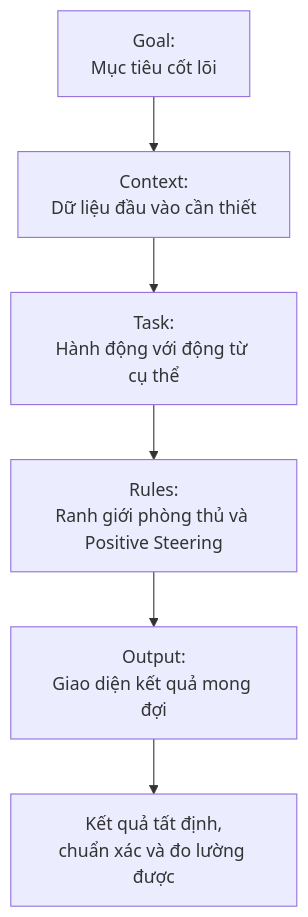
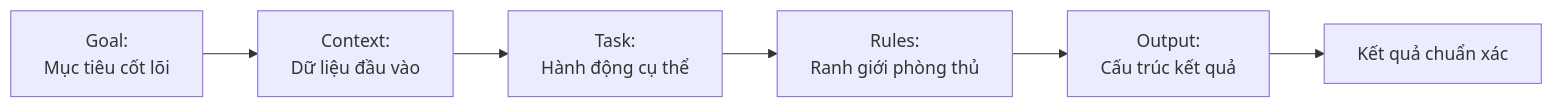
The first of 2 diagrams in content/posts/chuan-muc-viet-prompt-tu-yeu-cau-mo-ho-den-ban-dac-ta.md (nguyengoctin/my_website), drawn with Mermaid before and after one commit. The commit also changed 32 other files, not shown here.

````diff
--- a/content/posts/chuan-muc-viet-prompt-tu-yeu-cau-mo-ho-den-ban-dac-ta.md
+++ b/content/posts/chuan-muc-viet-prompt-tu-yeu-cau-mo-ho-den-ban-dac-ta.md
@@ -35,8 +35,8 @@
 ```mermaid
-flowchart TD
-GoalNode["Goal:<br/>Mục tiêu cốt lõi"] --> ContextNode["Context:<br/>Dữ liệu đầu vào cần thiết"]
-ContextNode --> TaskNode["Task:<br/>Hành động với động từ cụ thể"]
-TaskNode --> RuleNode["Rules:<br/>Ranh giới phòng thủ và Positive Steering"]
-RuleNode --> OutputNode["Output:<br/>Giao diện kết quả mong đợi"]
-OutputNode --> ResultNode["Kết quả tất định,<br/>chuẩn xác và đo lường được"]
+flowchart LR
+    GoalNode["Goal:<br/>Mục tiêu cốt lõi"] --> ContextNode["Context:<br/>Dữ liệu đầu vào"]
+    ContextNode --> TaskNode["Task:<br/>Hành động cụ thể"]
+    TaskNode --> RuleNode["Rules:<br/>Ranh giới phòng thủ"]
+    RuleNode --> OutputNode["Output:<br/>Cấu trúc kết quả"]
+    OutputNode --> ResultNode["Kết quả chuẩn xác"]
 ```
````
